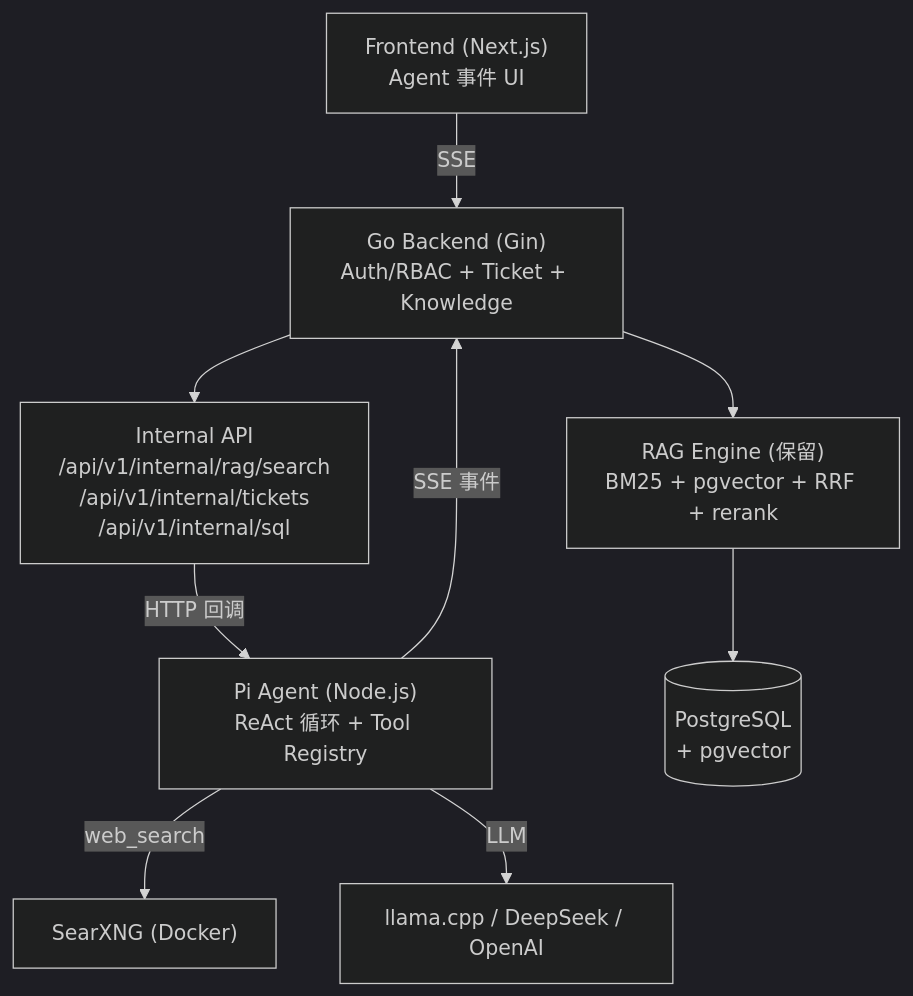
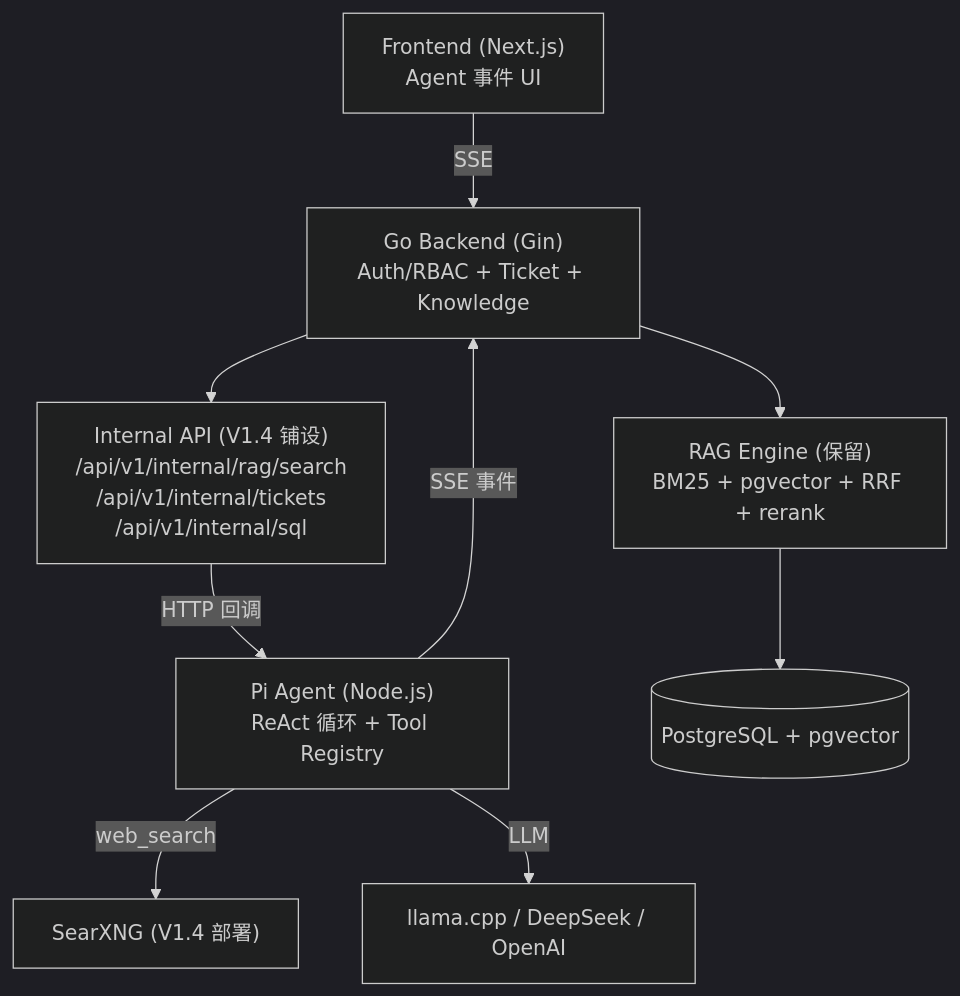
The eighth of 9 diagrams in docs/ROADMAP.md (int2t05/Cognik), drawn with Mermaid (dark theme) before and after one commit. The commit also changed other lines of this file and 79 other files, not shown here.

First line of the commit message:
docs: ROADMAP 细化 V1.1-V1.4 版本规划 (#15)

````diff
--- a/docs/ROADMAP.md
+++ b/docs/ROADMAP.md
@@ -168,12 +361,12 @@
 ```mermaid
 flowchart TB
     FE["Frontend (Next.js)<br/>Agent 事件 UI"]
     FE -->|"SSE"| GO["Go Backend (Gin)<br/>Auth/RBAC + Ticket + Knowledge"]
     GO --> RAG["RAG Engine (保留)<br/>BM25 + pgvector + RRF + rerank"]
-    GO --> IA["Internal API<br/>/api/v1/internal/rag/search<br/>/api/v1/internal/tickets<br/>/api/v1/internal/sql"]
+    GO --> IA["Internal API (V1.4 铺设)<br/>/api/v1/internal/rag/search<br/>/api/v1/internal/tickets<br/>/api/v1/internal/sql"]
     IA -->|"HTTP 回调"| PI["Pi Agent (Node.js)<br/>ReAct 循环 + Tool Registry"]
-    PI -->|"web_search"| SX["SearXNG (Docker)"]
+    PI -->|"web_search"| SX["SearXNG (V1.4 部署)"]
     PI -->|"LLM"| LLM["llama.cpp / DeepSeek / OpenAI"]
     PI -->|"SSE 事件"| GO
-    RAG --> PG[("PostgreSQL<br/>+ pgvector")]
+    RAG --> PG[("PostgreSQL + pgvector")]
 ```
````
